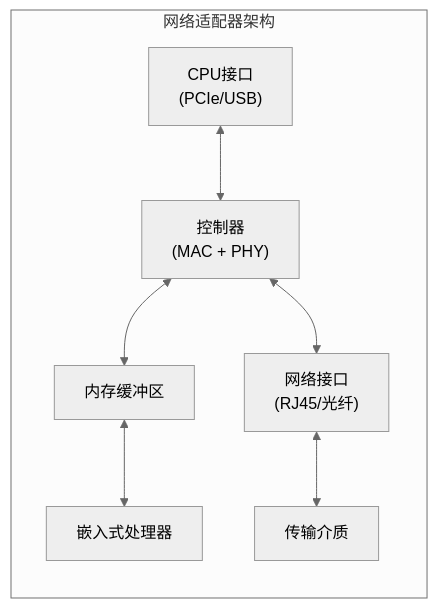
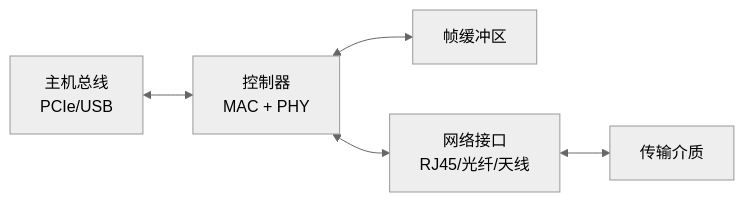
Before and after one commit to Dtheme/CS-base: the third of 3 diagrams in 计算机网络/6.1链路层：概述与服务.md, drawn with Mermaid (neutral theme). The commit also changed other lines of this file and 51 other files, not shown here.

````diff
--- a/计算机网络/6.1链路层：概述与服务.md
+++ b/计算机网络/6.1链路层：概述与服务.md
@@ -219,18 +199,7 @@
 ```mermaid
 graph LR
-    subgraph "网络适配器架构"
-        CPU_Interface["CPU接口<br/>(PCIe/USB)"]
-        Controller["控制器<br/>(MAC + PHY)"]
-        Network_Interface["网络接口<br/>(RJ45/光纤)"]
-        
-        RAM_Buffer["内存缓冲区"]
-        Processor["嵌入式处理器"]
-        Link_Media["传输介质"]
-        
-        CPU_Interface <--> Controller
-        Controller <--> Network_Interface
-        Controller <--> RAM_Buffer
-        RAM_Buffer <--> Processor
-        Network_Interface <--> Link_Media
-    end
+    Bus[主机总线<br/>PCIe/USB] <--> Ctrl[控制器<br/>MAC + PHY]
+    Ctrl <--> Buf[帧缓冲区]
+    Ctrl <--> Port[网络接口<br/>RJ45/光纤/天线]
+    Port <--> Media[传输介质]
 ```
````
